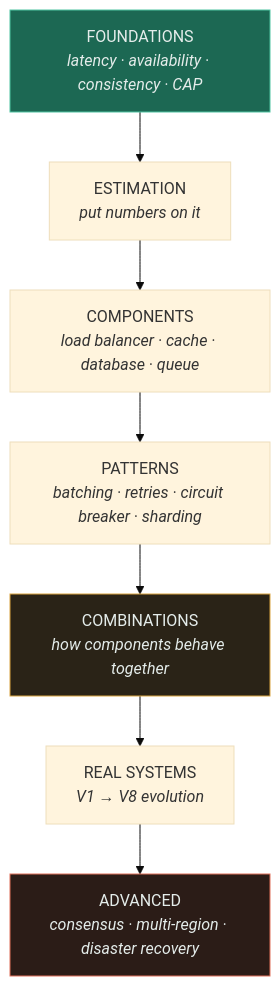
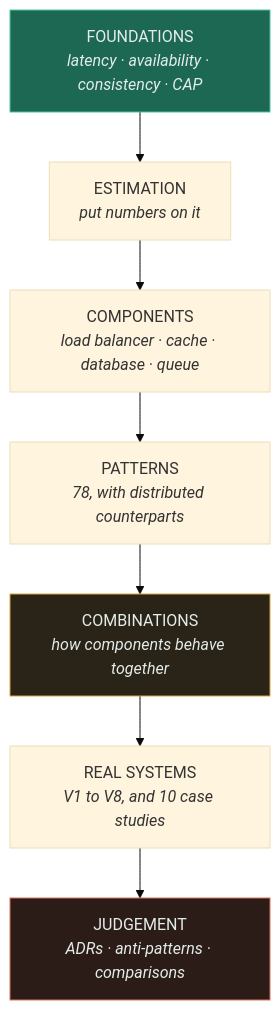
One commit to SAGARCHRY0777/system-design-lab changed the diagram in README.md. Above: the diagram before and after it, drawn with Mermaid (base theme). The commit also changed other lines of this file and 40 other files, not shown here.

First line of the commit message:
feat: case studies, judgement sections, scalability gaps, and a fifth tab

````diff
--- a/README.md
+++ b/README.md
@@ -78,13 +74,13 @@
 ```mermaid
 flowchart TD
     F["FOUNDATIONS<br/><i>latency · availability · consistency · CAP</i>"] --> E["ESTIMATION<br/><i>put numbers on it</i>"]
     E --> C["COMPONENTS<br/><i>load balancer · cache · database · queue</i>"]
-    C --> P["PATTERNS<br/><i>batching · retries · circuit breaker · sharding</i>"]
+    C --> P["PATTERNS<br/><i>78, with distributed counterparts</i>"]
     P --> K["COMBINATIONS<br/><i>how components behave together</i>"]
-    K --> R["REAL SYSTEMS<br/><i>V1 → V8 evolution</i>"]
-    R --> A["ADVANCED<br/><i>consensus · multi-region · disaster recovery</i>"]
+    K --> R["REAL SYSTEMS<br/><i>V1 to V8, and 10 case studies</i>"]
+    R --> A["JUDGEMENT<br/><i>ADRs · anti-patterns · comparisons</i>"]
 
     style F fill:#1c6853,stroke:#4fc3a1,color:#e4ecea
     style K fill:#2a2317,stroke:#d9a441,color:#e4ecea
     style A fill:#2b1c17,stroke:#e0705a,color:#e4ecea
 ```
````
